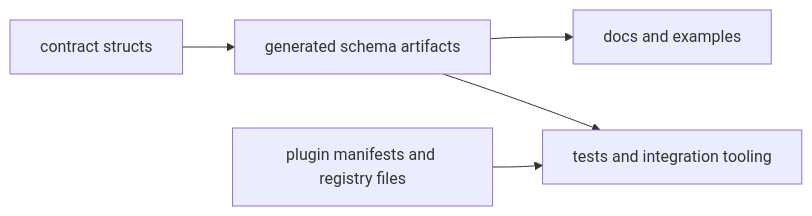
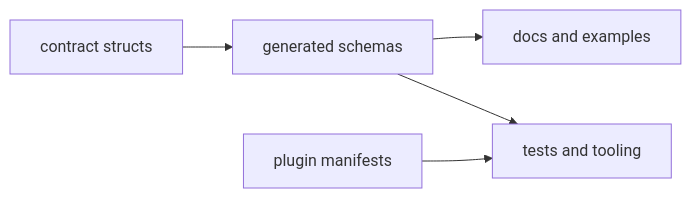
The diagram in docs/bijux-cli/interfaces/artifact-contracts.md (bijux/bijux-cli), drawn with Mermaid before and after one commit. The commit also changed other lines of this file, not shown here.

Commit message:
docs(cli-interfaces): clarify artifact contracts

````diff
--- a/docs/bijux-cli/interfaces/artifact-contracts.md
+++ b/docs/bijux-cli/interfaces/artifact-contracts.md
@@ -17,7 +20,7 @@
 ```mermaid
 flowchart LR
-    contracts["contract structs"] --> schema["generated schema artifacts"]
+    contracts["contract structs"] --> schema["generated schemas"]
     schema --> docs["docs and examples"]
-    schema --> tooling["tests and integration tooling"]
-    plugin_artifacts["plugin manifests and registry files"] --> tooling
+    schema --> tooling["tests and tooling"]
+    plugin_artifacts["plugin manifests"] --> tooling
 ```
````
